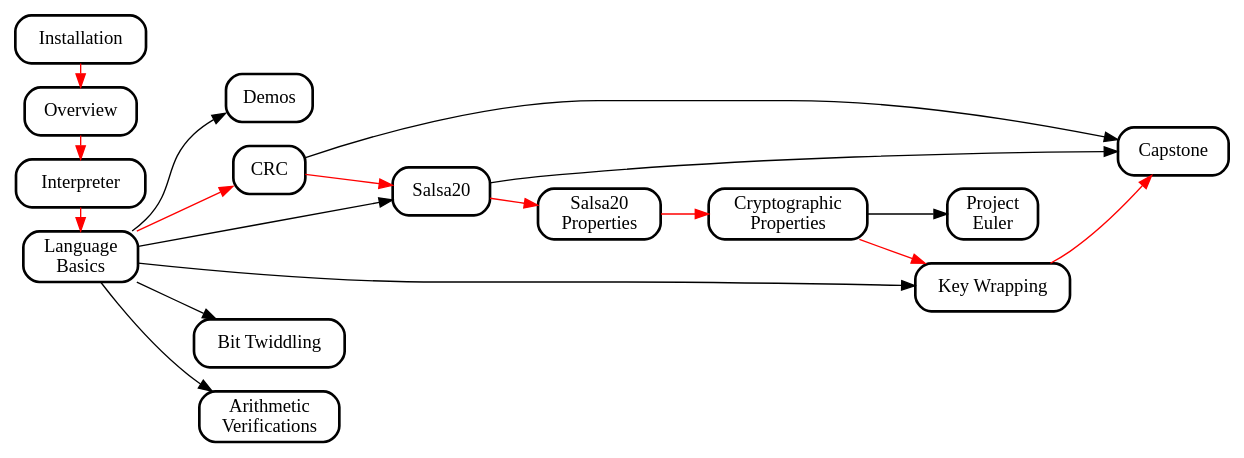
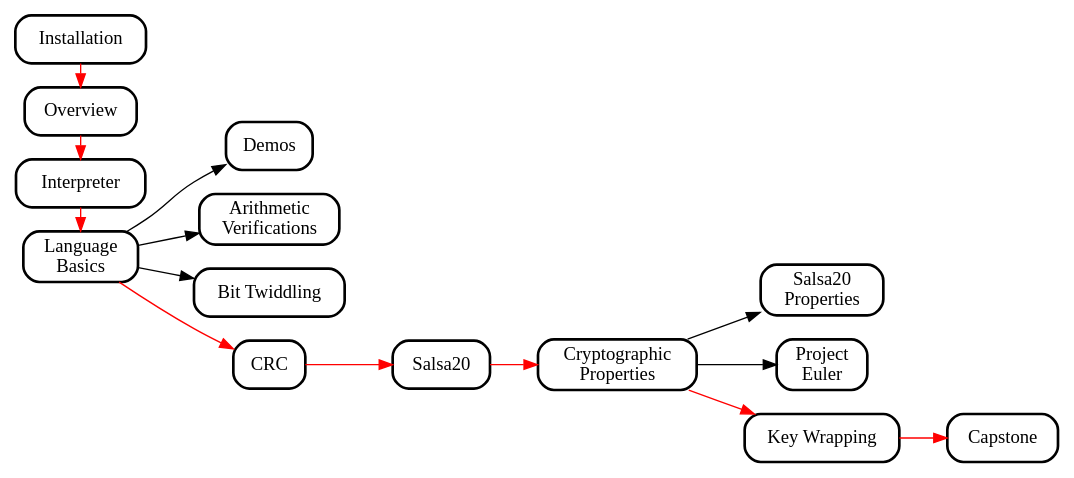
One commit to weaversa/cryptol-course changed the diagram in misc/deps.gv. Above: the diagram before and after it, drawn with Graphviz. The commit also changed 3 other files, not shown here.

Commit message:
Updating flow by demoting Salsa20Properties

```diff
--- a/misc/deps.gv
+++ b/misc/deps.gv
@@ -1,71 +1,71 @@
 digraph G {
   //splines = ortho;
   //concentrate = true;
 
   rankdir="LR";
 
   node [shape="box", style="rounded", penwidth = 2];
   edge [penwidth = 1];
 
   {
     rank = same;
     Installation;
     Overview;
     Interpreter;
     LanguageBasics;
+//    CRC;
 //    Demos;
   }
 
   Installation [URL="https://github.com/weaversa/cryptol-course/blob/master/INSTALL.md"];
   Overview [URL="https://github.com/weaversa/cryptol-course/blob/master/labs/Overview/Overview.md"];
   Interpreter [URL="https://github.com/weaversa/cryptol-course/blob/master/labs/Interpreter/Interpreter.md"];
   LanguageBasics [URL="https://github.com/weaversa/cryptol-course/blob/master/labs/Language/Basics.md"];
   Demos [URL="https://github.com/weaversa/cryptol-course/blob/master/labs/Demos/Demos.md"];
   CRC [URL="https://github.com/weaversa/cryptol-course/blob/master/labs/CRC/CRC.md"];
   Salsa20 [URL="https://github.com/weaversa/cryptol-course/blob/master/labs/Salsa20/Salsa20.md"];
   Salsa20Properties [URL="https://github.com/weaversa/cryptol-course/blob/master/labs/Salsa20/Salsa20Props.md"];
   CryptographicProperties [URL="https://github.com/weaversa/cryptol-course/blob/master/labs/CryptoProofs/CryptoProofs.md"];
   KeyWrapping [URL="https://github.com/weaversa/cryptol-course/blob/master/labs/KeyWrapping/KeyWrapping.md"];
   Capstone [URL="https://github.com/weaversa/cryptol-course/blob/master/labs/LoremIpsum/LoremIpsum.md"];
   ProjectEuler [URL="https://github.com/weaversa/cryptol-course/blob/master/labs/ProjectEuler/ProjectEuler.md"];
   BitTwiddling [URL="https://github.com/weaversa/cryptol-course/blob/master/labs/saw/bittwiddling/bittwiddling.md"];
   ArithmeticVerifications [URL="https://github.com/weaversa/cryptol-course/blob/master/labs/saw/ArithmeticVerifications/ArithmeticVerifications.md"];
 
   // Fixing up node labels for ones that need a space
-  LanguageBasics        [label="Language\nBasics"];
+  LanguageBasics          [label="Language\nBasics"];
   Salsa20Properties       [label="Salsa20\nProperties"];
   CryptographicProperties [label="Cryptographic\nProperties"];
   KeyWrapping             [label="Key Wrapping"];
   ProjectEuler            [label="Project\nEuler"];
   BitTwiddling            [label="Bit Twiddling"];
   ArithmeticVerifications [label="Arithmetic\nVerifications"]
 
   // The Suggested Flow with Red Arrows
   edge [color=red];
   Installation -> Overview;
   Overview -> Interpreter;
   Interpreter -> LanguageBasics;
   LanguageBasics -> CRC;
   CRC -> Salsa20;
-  Salsa20 -> Salsa20Properties;
-  Salsa20Properties -> CryptographicProperties;
+  Salsa20 -> CryptographicProperties;
   CryptographicProperties -> KeyWrapping;
   KeyWrapping -> Capstone;
 
   // Logical Dependencies with Black Arrows
   edge [color=black];
+  CryptographicProperties -> Salsa20Properties;
   CryptographicProperties -> ProjectEuler;
-  CRC -> Capstone;
-  LanguageBasics -> Salsa20;
-  LanguageBasics -> KeyWrapping;
+  //CRC -> Capstone;
+  //LanguageBasics -> Salsa20;
+  //LanguageBasics -> KeyWrapping;
   LanguageBasics -> Demos;
-  Salsa20 -> Capstone;
+  //Salsa20 -> Capstone;
   LanguageBasics -> BitTwiddling;
   LanguageBasics -> ArithmeticVerifications;
 
-//  ArithmeticVerifications -> Demos;
-//  Demos -> ArithmeticVerifications;
+  {rank=same; Salsa20Properties -> ProjectEuler [style=invis];};
 
-//  BitTwiddling -> Demos;
-//  Demos -> BitTwiddling;
+  {rank=same; Demos -> ArithmeticVerifications [style=invis]; ArithmeticVerifications -> BitTwiddling [style=invis];}
+
 }
```
